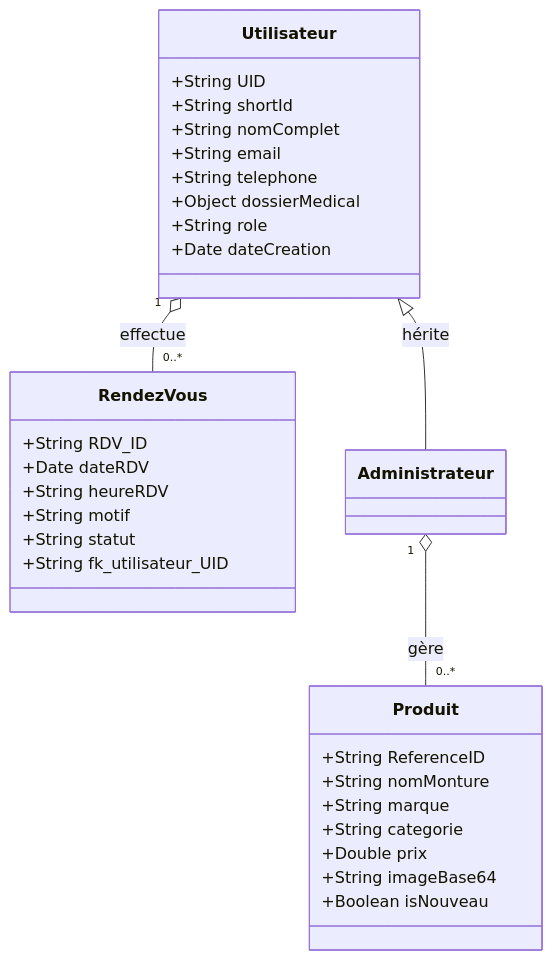
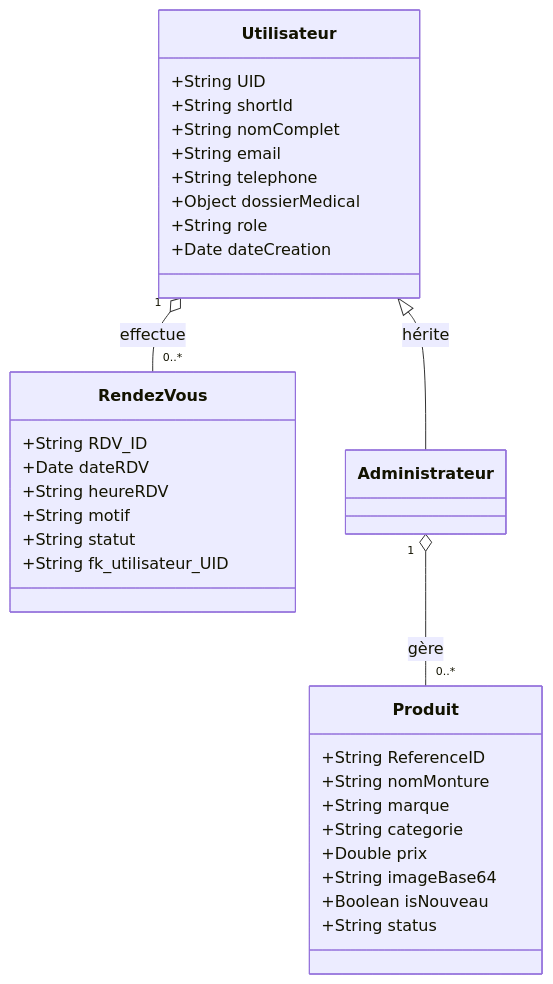
One commit to Midousy92/Barham_Optic changed the third of 6 diagrams in Memoire_Academique_Barham_Optic.md. Above: the diagram before and after it, drawn with Mermaid. The commit also changed other lines of this file and 10 other files, not shown here.

````diff
--- a/Memoire_Academique_Barham_Optic.md
+++ b/Memoire_Academique_Barham_Optic.md
@@ -299,36 +299,37 @@
 ```mermaid
 classDiagram
     class Utilisateur {
         +String UID
         +String shortId
         +String nomComplet
         +String email
         +String telephone
         +Object dossierMedical
         +String role
         +Date dateCreation
     }
     
     class Produit {
         +String ReferenceID
         +String nomMonture
         +String marque
         +String categorie
         +Double prix
         +String imageBase64
         +Boolean isNouveau
+        +String status
     }
     
     class RendezVous {
         +String RDV_ID
         +Date dateRDV
         +String heureRDV
         +String motif
         +String statut
         +String fk_utilisateur_UID
     }
 
     Utilisateur "1" o--  "0..*" RendezVous : effectue
     Administrateur "1" o-- "0..*" Produit : gère
     Utilisateur <|-- Administrateur : hérite
 ```
````
